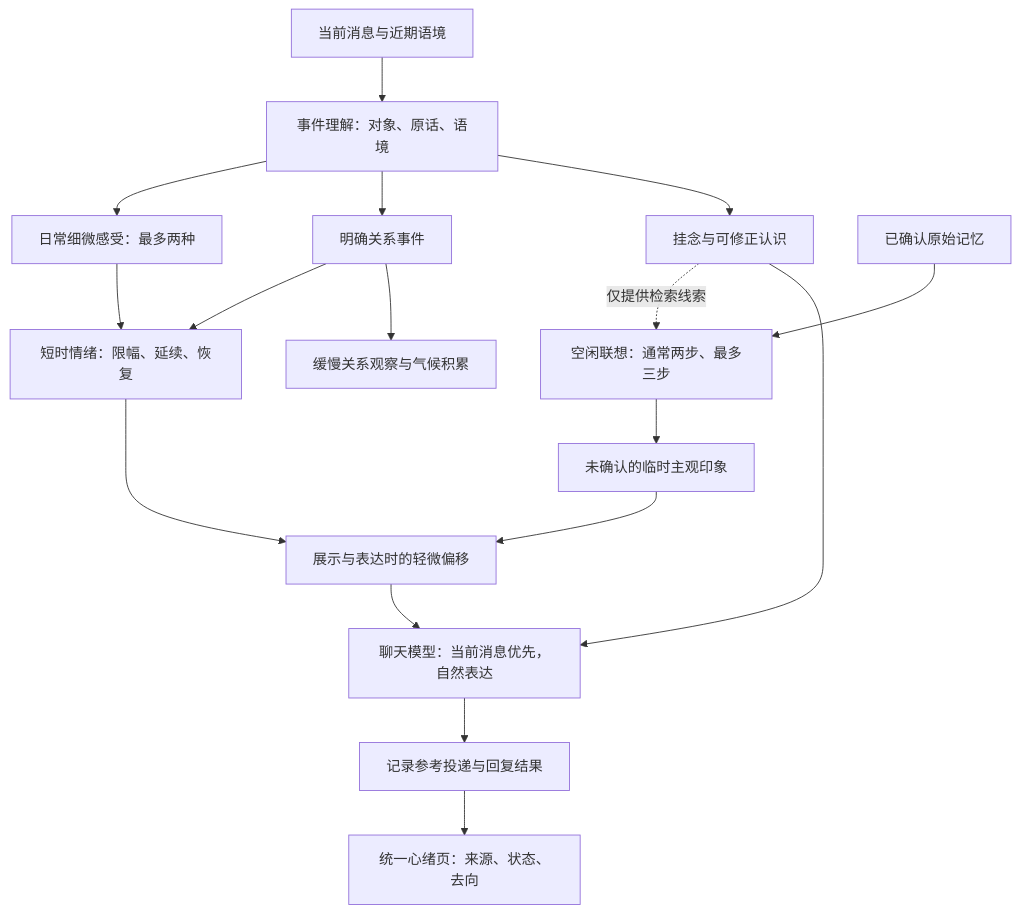
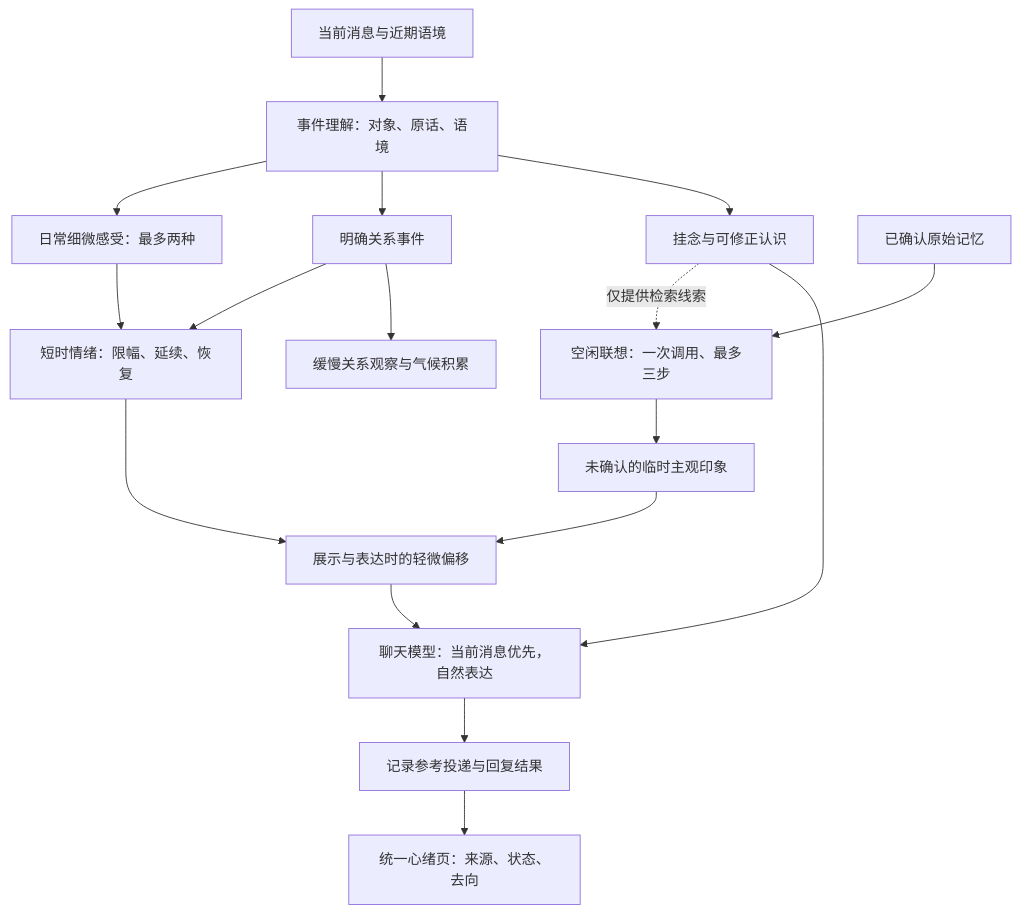
One commit to swy55555/dsh-feiyu-memory-console changed the diagram in docs/emotion-architecture.md. Above: the diagram before and after it, drawn with Mermaid. The commit also changed other lines of this file and 109 other files, not shown here.

````diff
--- a/docs/emotion-architecture.md
+++ b/docs/emotion-architecture.md
@@ -5,19 +5,19 @@
 ```mermaid
 flowchart TD
   A[当前消息与近期语境] --> B[事件理解：对象、原话、语境]
   B --> C[日常细微感受：最多两种]
   B --> D[明确关系事件]
   B --> E[挂念与可修正认识]
   C --> F[短时情绪：限幅、延续、恢复]
   D --> F
   D --> G[缓慢关系观察与气候积累]
-  H[已确认原始记忆] --> I[空闲联想：通常两步、最多三步]
+  H[已确认原始记忆] --> I[空闲联想：一次调用、最多三步]
   E -. 仅提供检索线索 .-> I
   I --> J[未确认的临时主观印象]
   J --> K[展示与表达时的轻微偏移]
   F --> K
   K --> L[聊天模型：当前消息优先，自然表达]
   E --> L
   L --> M[记录参考投递与回复结果]
   M --> N[统一心绪页：来源、状态、去向]
 ```
````
